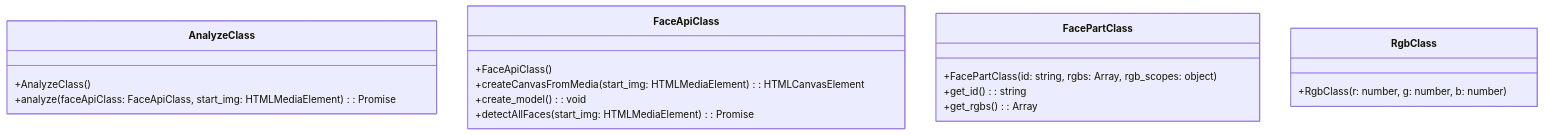
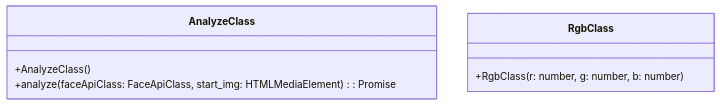
Before and after one commit to data2coordi/pub_faceJudge: the fourth of 4 diagrams in classDiagram.md, drawn with Mermaid.

````diff
--- a/classDiagram.md
+++ b/classDiagram.md
@@ -100,26 +122,12 @@
 ```mermaid
 classDiagram
 
 class AnalyzeClass {
   +AnalyzeClass()
   +analyze(faceApiClass: FaceApiClass, start_img: HTMLMediaElement): Promise<void>
 }
 
-class FaceApiClass {
-  +FaceApiClass()
-  +createCanvasFromMedia(start_img: HTMLMediaElement): HTMLCanvasElement
-  +create_model(): void
-  +detectAllFaces(start_img: HTMLMediaElement): Promise<void>
-}
-
-class FacePartClass {
-  +FacePartClass(id: string, rgbs: Array<RgbClass>, rgb_scopes: object)
-  +get_id(): string
-  +get_rgbs(): Array<RgbClass>
-}
-
 class RgbClass {
   +RgbClass(r: number, g: number, b: number)
 }
-
 ```
````
